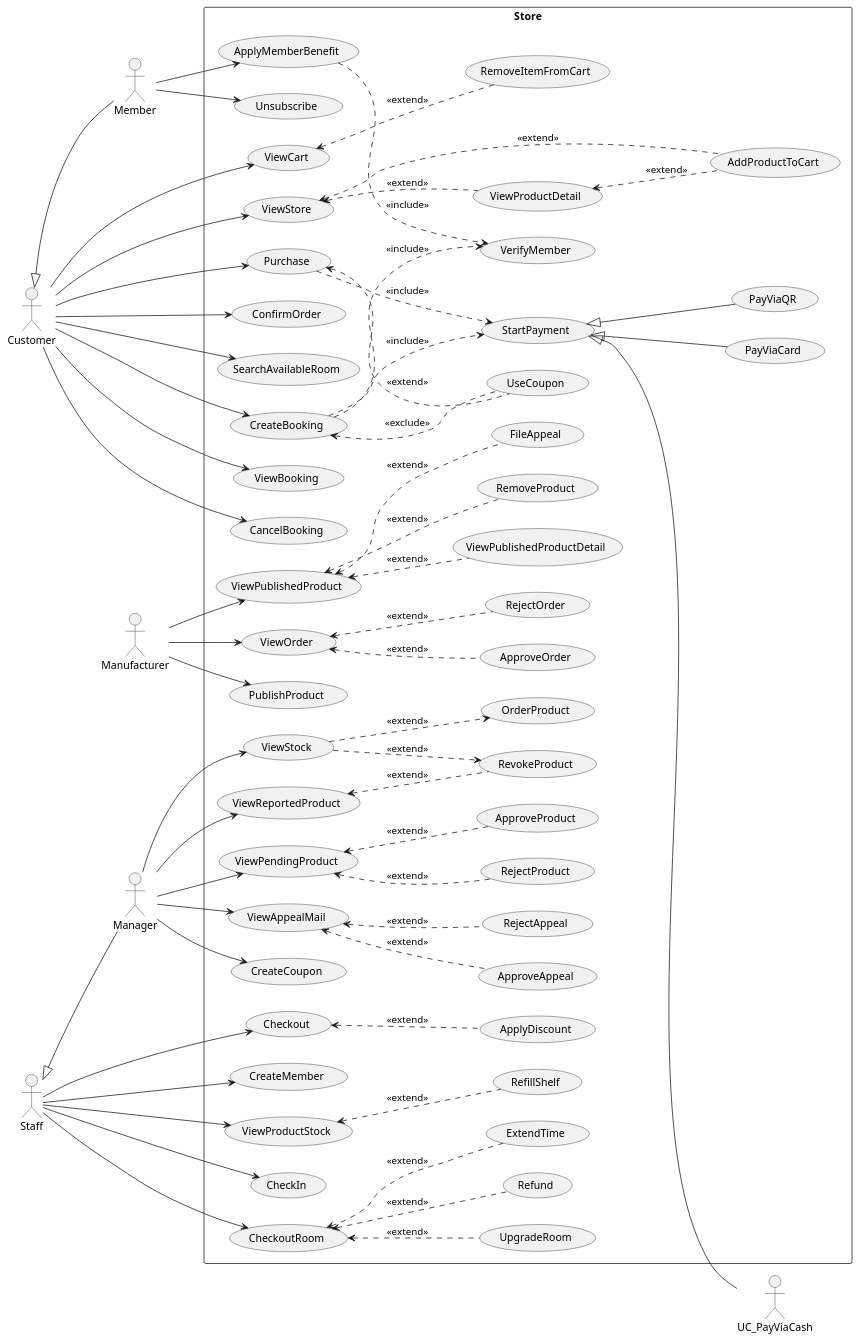
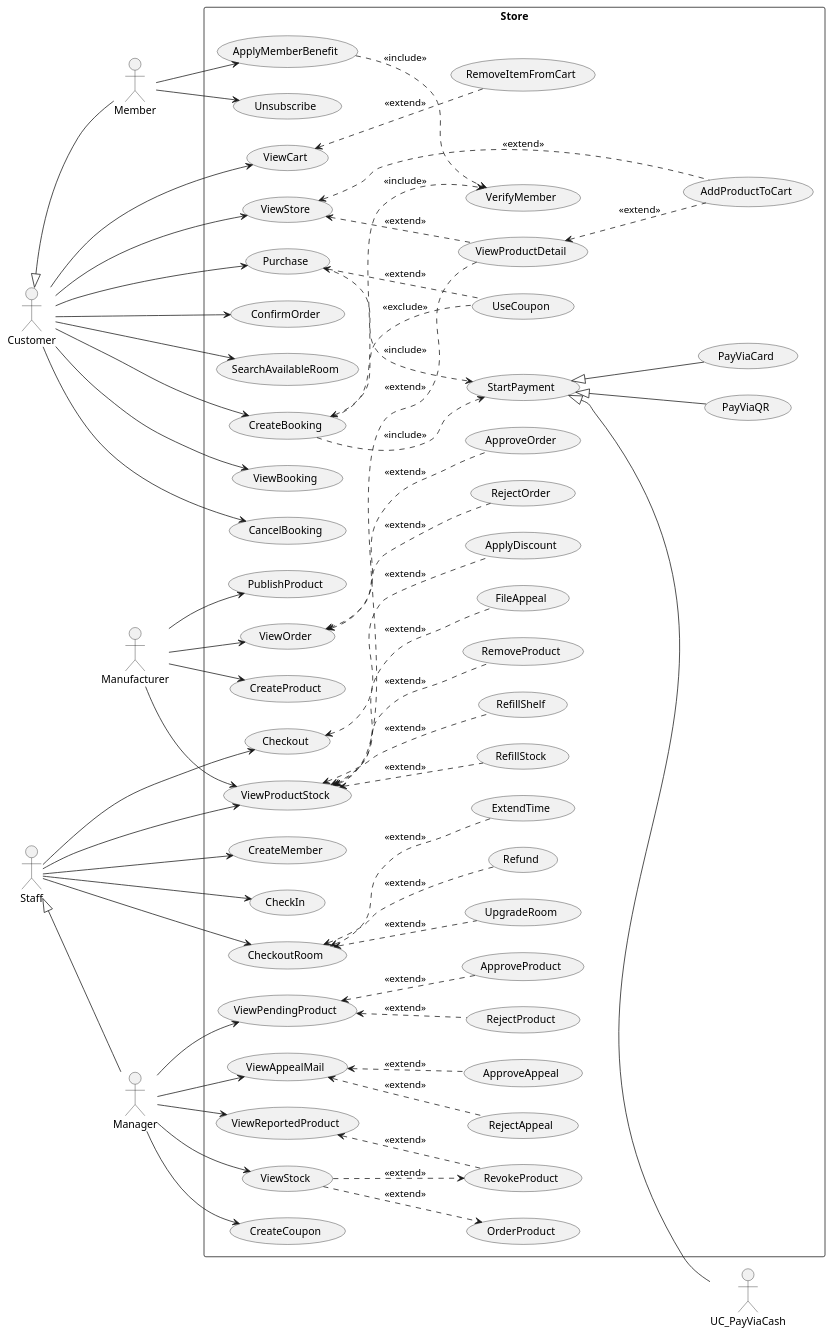
Before and after one commit to WaroonRagwongsiri/OOP_Project: the diagram in UseCaseDiagram/usecase_diagram copy.puml, drawn with PlantUML. The commit also changed 5 other files, not shown here.

```diff
--- a/UseCaseDiagram/usecase_diagram copy.puml
+++ b/UseCaseDiagram/usecase_diagram copy.puml
@@ -1,161 +1,165 @@
 @startuml UseCaseDiagram
 left to right direction
 
 ' =========================
 ' Actors (from hierarchy in Class Diagram)
 ' =========================
 actor "Customer" as A_Customer
 actor "Member" as A_Member
 actor "Manufacturer" as A_Manufacturer
 actor "Staff" as A_Staff
 actor "Manager" as A_Manager
 
 A_Customer <|-- A_Member
 A_Staff <|-- A_Manager
 
 rectangle "Store" {
 
 	'Customer'
 	usecase "AddProductToCart" as UC_AddProductToCart
 	usecase "ViewCart" as UC_ViewCart
 	usecase "RemoveItemFromCart" as UC_RemoveItemFromCart
 	usecase "ViewStore" as UC_ViewStore
 	usecase "ViewProductDetail" as UC_ViewProductDetail
 	usecase "Purchase" as UC_Purchase
 	usecase "UseCoupon" as UC_UseCoupon
 	usecase "ConfirmOrder" as UC_ConfirmOrder
 
 	'Payment'
 	usecase "StartPayment" as UC_StartPayment
 	usecase "PayViaCard" as UC_PayViaCard
 	usecase "PayViaQR" as UC_PayViaQR
 
 	'Member'
 	usecase "ApplyMemberBenefit" as UC_ApplyMemberBenefit
 	usecase "VerifyMember" as UC_VerifyMember
 	usecase "Unsubscribe" as UC_Unsubscribe
 
 	'Manufacturer'
 	usecase "PublishProduct" as UC_PublishProduct
-	usecase "ViewPublishedProduct" as UC_ViewPublishedProduct
-	usecase "ViewPublishedProductDetail" as UC_ViewPublishedProductDetail
+	usecase "ViewProductStock" as UC_ViewProductStock
+	usecase "ViewProductDetail" as UC_ViewProductDetail
 	usecase "RemoveProduct" as UC_RemoveProduct
 	usecase "FileAppeal" as UC_FileAppeal
 	usecase "ViewOrder" as UC_ViewOrder
 	usecase "ApproveOrder" as UC_ApproveOrder
 	usecase "RejectOrder" as UC_RejectOrder
+	usecase "CreateProduct" as UC_CreateProduct
+	usecase "RefillStock" as UC_RefillStock
 
 	'Staff'
 	usecase "Checkout" as UC_Checkout
 	usecase "ApplyDiscount" as UC_ApplyDiscount
 	usecase "CreateMember" as UC_CreateMember
 
 	'Manager'
 	usecase "ViewPendingProduct" as UC_ViewPendingProduct
 	usecase "ApproveProduct" as UC_ApproveProduct
 	usecase "RejectProduct" as UC_RejectProduct
 	usecase "ViewReportedProduct" as UC_ViewReportedProduct
 	usecase "RevokeProduct" as UC_RevokeProduct
 	usecase "ViewAppealMail" as UC_ViewAppealMail
 	usecase "ApproveAppeal" as UC_ApproveAppeal
 	usecase "RejectAppeal" as UC_RejectAppeal
 	usecase "ViewProductStock" as UC_ViewProductStock
 	usecase "RefillShelf" as UC_RefillShelf
 	usecase "CreateCoupon" as UC_CreateCoupon
 	usecase "OrderProduct" as UC_OrderProduct
 	usecase "ViewStock" as UC_ViewStock
 
 	'Room Booking'
 	usecase "SearchAvailableRoom" as UC_SearchAvailableRoom
 	usecase "CreateBooking" as UC_CreateBooking
 	usecase "ViewBooking" as UC_ViewBooking
 	usecase "CancelBooking" as UC_CancelBooking
 	usecase "CheckIn" as UC_CheckIn
 	usecase "ExtendTime" as UC_ExtendTime
 	usecase "UpgradeRoom" as UC_UpgradeRoom
 	usecase "CheckoutRoom" as UC_CheckoutRoom
 	usecase "Refund" as UC_Refund
 }
 
 'Customer'
 A_Customer --> UC_ViewCart
 A_Customer --> UC_ViewStore
 A_Customer --> UC_Purchase
 A_Customer --> UC_ConfirmOrder
 
 UC_ViewStore <.. UC_AddProductToCart : <<extend>>
 UC_ViewStore <.. UC_ViewProductDetail : <<extend>>
 
 UC_ViewProductDetail <.. UC_AddProductToCart : <<extend>>
 
 UC_ViewCart <.. UC_RemoveItemFromCart : <<extend>>
 
 UC_Purchase <.. UC_UseCoupon : <<extend>>
 UC_Purchase ..> UC_StartPayment : <<include>>
 
 'Payment'
 UC_StartPayment <|-- UC_PayViaCash
 UC_StartPayment <|-- UC_PayViaCard
 UC_StartPayment <|-- UC_PayViaQR
 
 'Member'
 A_Member --> UC_ApplyMemberBenefit
 A_Member --> UC_Unsubscribe
 
 UC_ApplyMemberBenefit ..> UC_VerifyMember : <<include>>
 
 'Manufacturer'
 A_Manufacturer --> UC_PublishProduct
-A_Manufacturer --> UC_ViewPublishedProduct
+A_Manufacturer --> UC_ViewProductStock
 A_Manufacturer --> UC_ViewOrder
+A_Manufacturer --> UC_CreateProduct
 
 UC_ViewOrder <.. UC_ApproveOrder : <<extend>>
 UC_ViewOrder <.. UC_RejectOrder : <<extend>>
 
-UC_ViewPublishedProduct <.. UC_RemoveProduct : <<extend>>
-UC_ViewPublishedProduct <.. UC_ViewPublishedProductDetail : <<extend>>
-UC_ViewPublishedProduct <.. UC_FileAppeal : <<extend>>
+UC_ViewProductStock <.. UC_RemoveProduct : <<extend>>
+UC_ViewProductStock <.. UC_ViewProductDetail : <<extend>>
+UC_ViewProductStock <.. UC_FileAppeal : <<extend>>
+UC_ViewProductStock <.. UC_RefillStock : <<extend>>
 
 'Staff'
 A_Staff --> UC_Checkout
 A_Staff --> UC_ViewProductStock
 A_Staff --> UC_CreateMember
 A_Staff --> UC_CheckIn
 A_Staff --> UC_CheckoutRoom
 
 UC_CheckoutRoom <.. UC_Refund : <<extend>>
 UC_CheckoutRoom <.. UC_ExtendTime : <<extend>>
 UC_CheckoutRoom <.. UC_UpgradeRoom : <<extend>>
 
 UC_Checkout <.. UC_ApplyDiscount : <<extend>>
 UC_ViewProductStock <.. UC_RefillShelf : <<extend>>
 
 'Manager'
 A_Manager --> UC_ViewReportedProduct
 A_Manager --> UC_ViewAppealMail
 A_Manager --> UC_ViewPendingProduct
 A_Manager --> UC_CreateCoupon
 A_Manager --> UC_ViewStock
 
 UC_ViewStock ..> UC_OrderProduct : <<extend>>
 UC_ViewStock ..> UC_RevokeProduct : <<extend>>
 
 UC_ViewReportedProduct <.. UC_RevokeProduct : <<extend>>
 
 UC_ViewAppealMail <.. UC_ApproveAppeal : <<extend>>
 UC_ViewAppealMail <.. UC_RejectAppeal : <<extend>>
 
 UC_ViewPendingProduct <.. UC_ApproveProduct : <<extend>>
 UC_ViewPendingProduct <.. UC_RejectProduct : <<extend>>
 
 'Customer / Member booking
 A_Customer --> UC_SearchAvailableRoom
 A_Customer --> UC_CreateBooking
 A_Customer --> UC_ViewBooking
 A_Customer --> UC_CancelBooking
 
 UC_CreateBooking ..> UC_VerifyMember : <<include>>
 UC_CreateBooking ..> UC_StartPayment : <<include>>
 UC_CreateBooking <.. UC_UseCoupon : <<exclude>>
 
 @enduml
```
